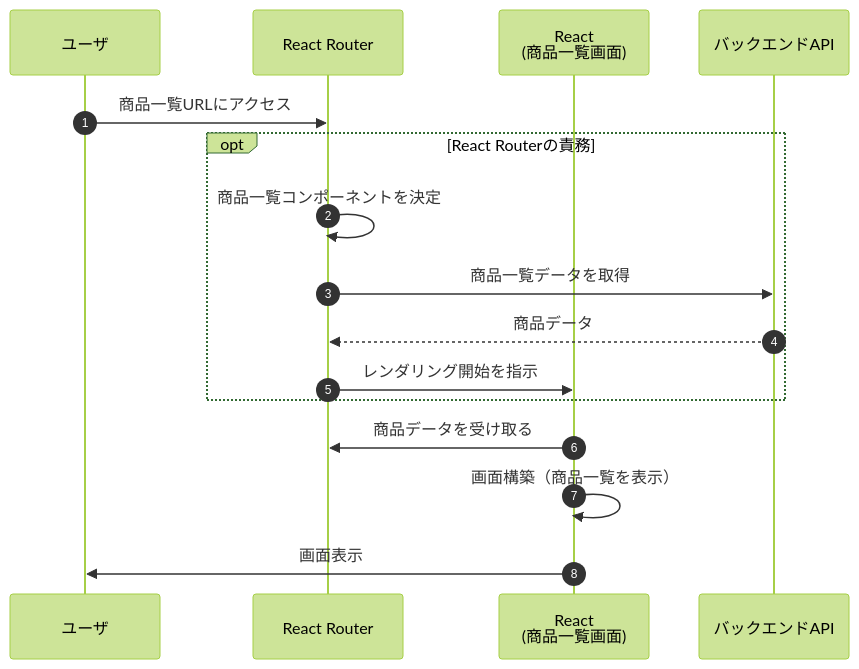
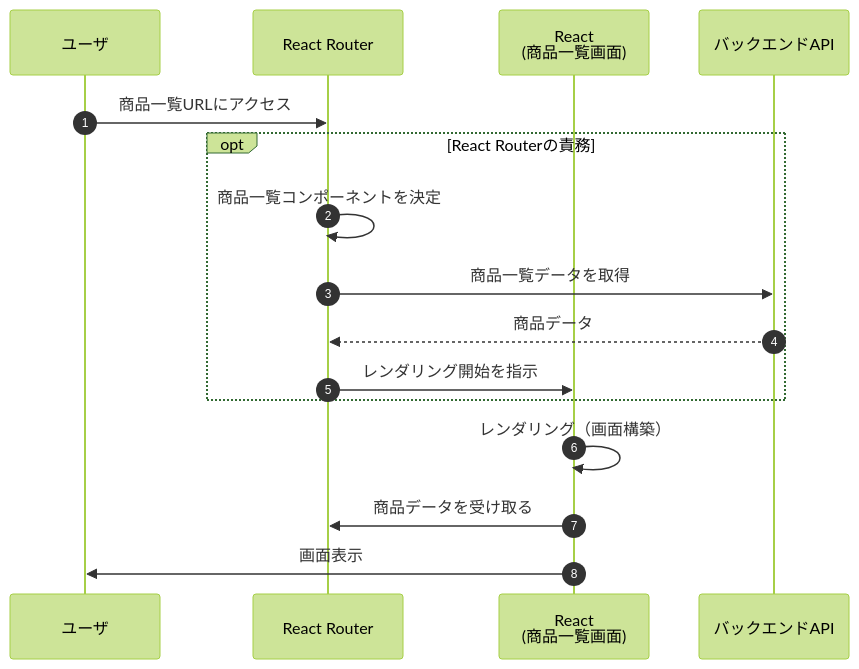
Before and after one commit to daisuke0412/react-sample: the fourth of 6 diagrams in docs/guide/4.React-Router.md, drawn with Mermaid (forest theme). The commit also changed other lines of this file and 10 other files, not shown here.

````diff
--- a/docs/guide/4.React-Router.md
+++ b/docs/guide/4.React-Router.md
@@ -467,19 +454,19 @@
 ```mermaid
 sequenceDiagram
     autonumber
     participant User as ユーザ
     participant Router as React Router
     participant React as React<br>(商品一覧画面)
     participant Backend as バックエンドAPI
 
     User->>Router: 商品一覧URLにアクセス
     opt React Routerの責務
       Router->>Router: 商品一覧コンポーネントを決定
       Router->>Backend: 商品一覧データを取得
       Backend-->>Router: 商品データ
       Router->>React: レンダリング開始を指示
     end
+    React->>React: レンダリング（画面構築）
     React->>Router: 商品データを受け取る
-    React->>React: 画面構築（商品一覧を表示）
     React->>User: 画面表示
 ```
````
